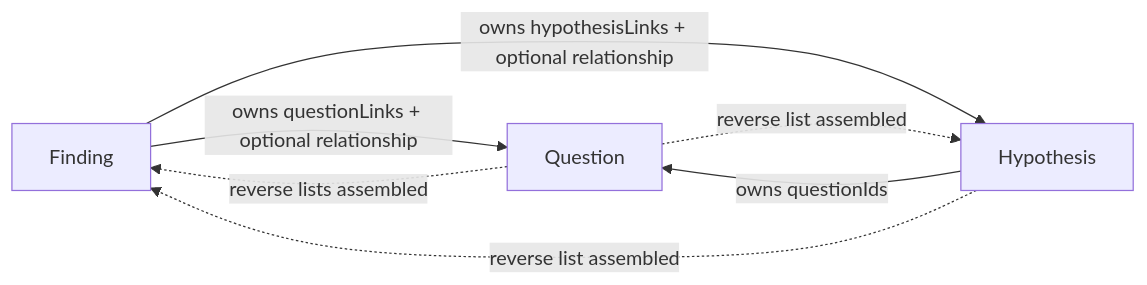
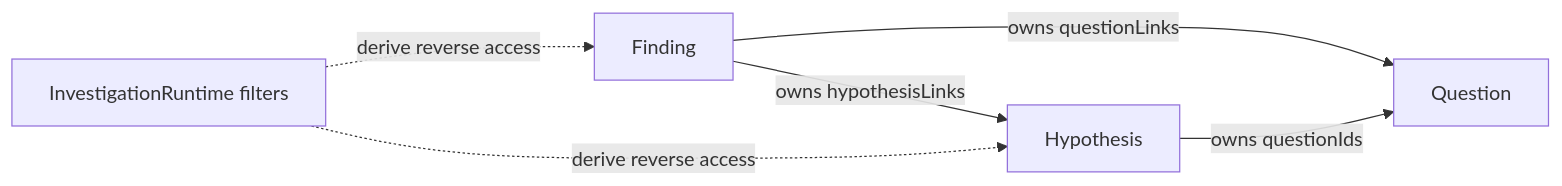
One commit to gccurtis/icarus changed the first of 2 diagrams in scratch/findings-design.md. Above: the diagram before and after it, drawn with Mermaid. The commit also changed other lines of this file and 7 other files, not shown here.

````diff
--- a/scratch/findings-design.md
+++ b/scratch/findings-design.md
@@ -249,9 +182,8 @@
 ```mermaid
 flowchart LR
-    F[Finding] -->|owns questionLinks + optional relationship| Q[Question]
-    F -->|owns hypothesisLinks + optional relationship| H[Hypothesis]
+    F[Finding] -->|owns questionLinks| Q[Question]
+    F -->|owns hypothesisLinks| H[Hypothesis]
     H -->|owns questionIds| Q
-    Q -. reverse lists assembled .-> F
-    Q -. reverse list assembled .-> H
-    H -. reverse list assembled .-> F
+    I[InvestigationRuntime filters] -. derive reverse access .-> F
+    I -. derive reverse access .-> H
 ```
````
